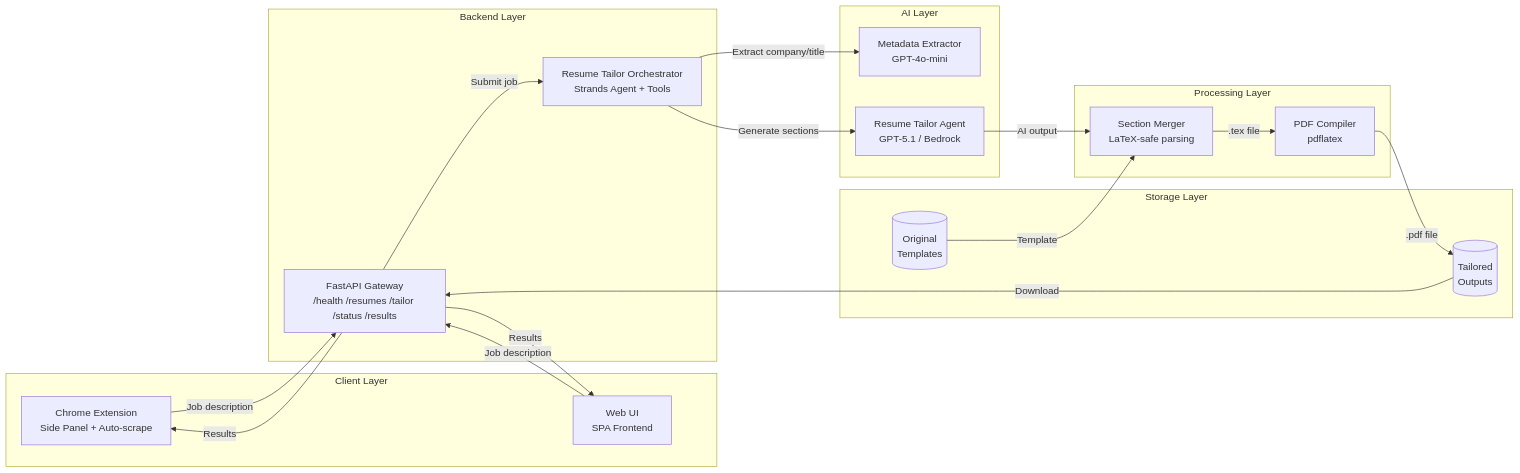
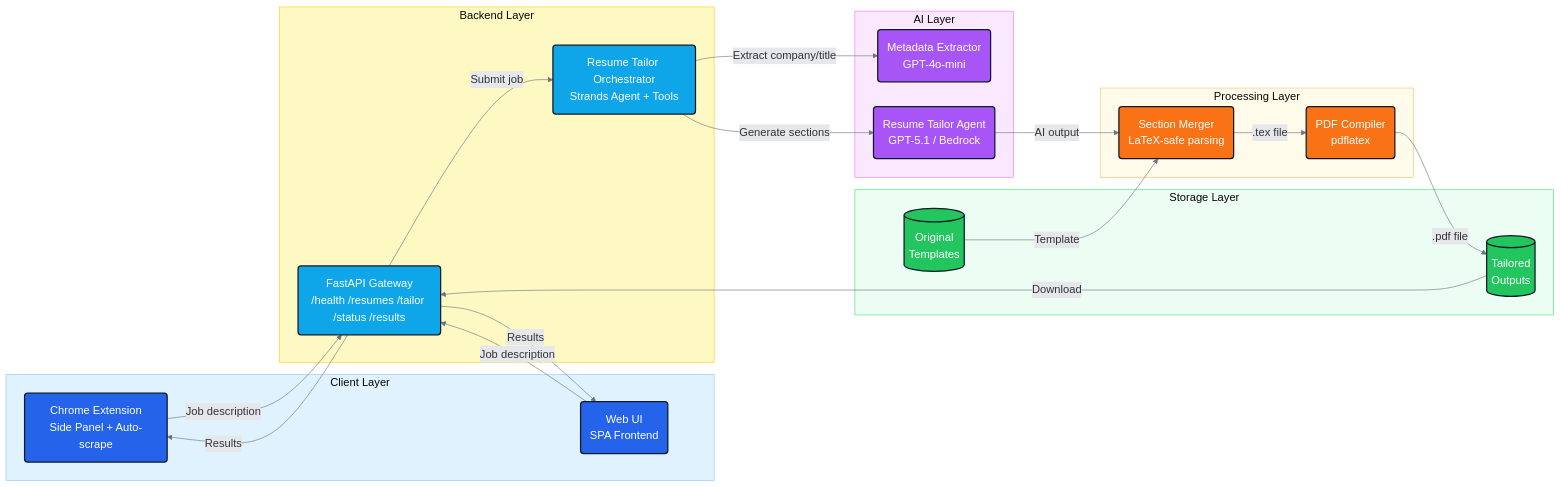
Before and after one commit to Yurui-Feng/Resume-Tailor-Agent-using-strands: the first of 2 diagrams in ARCHITECTURE.md, drawn with Mermaid. The commit also changed 3 other files, not shown here.

````diff
--- a/ARCHITECTURE.md
+++ b/ARCHITECTURE.md
@@ -103,40 +103,77 @@
 ```mermaid
+---
+config:
+  look: classic
+  theme: base
+  themeVariables:
+    background: "#f3f4f6"
+    lineColor: "#6b7280"
+    edgeLabelBackground: "#e5e7eb"
+    fontFamily: 'Inter, system-ui, -apple-system, BlinkMacSystemFont, "Segoe UI", sans-serif'
+    fontSize: "18px"
+  flowchart:
+    curve: basis
+    nodeSpacing: 40
+    rankSpacing: 60
+---
 flowchart LR
+    %% Nodes
     subgraph Client["Client Layer"]
-        EXT[Chrome Extension<br/>Side Panel + Auto-scrape]
-        WEB[Web UI<br/>SPA Frontend]
+        EXT(Chrome Extension<br/>Side Panel + Auto-scrape)
+        WEB(Web UI<br/>SPA Frontend)
     end
 
     subgraph Backend["Backend Layer"]
-        API[FastAPI Gateway<br/>/health /resumes /tailor /status /results]
-        ORCH[Resume Tailor Orchestrator<br/>Strands Agent + Tools]
+        API(FastAPI Gateway<br/>/health /resumes /tailor /status /results)
+        ORCH(Resume Tailor Orchestrator<br/>Strands Agent + Tools)
     end
 
     subgraph AI["AI Layer"]
-        META[Metadata Extractor<br/>GPT-4o-mini]
-        TAILOR[Resume Tailor Agent<br/>GPT-5.1 / Bedrock]
+        META(Metadata Extractor<br/>GPT-4o-mini)
+        TAILOR(Resume Tailor Agent<br/>GPT-5.1 / Bedrock)
     end
 
     subgraph Processing["Processing Layer"]
-        MERGE[Section Merger<br/>LaTeX-safe parsing]
-        PDF[PDF Compiler<br/>pdflatex]
+        MERGE(Section Merger<br/>LaTeX-safe parsing)
+        PDF(PDF Compiler<br/>pdflatex)
     end
 
     subgraph Storage["Storage Layer"]
         ORIG[(Original<br/>Templates)]
         OUT[(Tailored<br/>Outputs)]
     end
 
+    %% Edges
     EXT -->|Job description| API
     WEB -->|Job description| API
     API -->|Submit job| ORCH
     ORCH -->|Extract company/title| META
     ORCH -->|Generate sections| TAILOR
     TAILOR -->|AI output| MERGE
     MERGE -->|.tex file| PDF
     ORIG -->|Template| MERGE
     PDF -->|.pdf file| OUT
     OUT -->|Download| API
     API -->|Results| EXT
     API -->|Results| WEB
+
+    %% Node color classes
+    classDef client    fill:#2563eb,stroke:#111827,stroke-width:2px,color:#ffffff;
+    classDef backend   fill:#0ea5e9,stroke:#111827,stroke-width:2px,color:#ffffff;
+    classDef ai        fill:#a855f7,stroke:#111827,stroke-width:2px,color:#ffffff;
+    classDef process   fill:#f97316,stroke:#111827,stroke-width:2px,color:#ffffff;
+    classDef storage   fill:#22c55e,stroke:#111827,stroke-width:2px,color:#ffffff;
+
+    class EXT,WEB client;
+    class API,ORCH backend;
+    class META,TAILOR ai;
+    class MERGE,PDF process;
+    class ORIG,OUT storage;
+
+    %% Layer background colors (subgraphs)
+    style Client fill:#e0f2fe,stroke:#93c5fd,stroke-width:1px;
+    style Backend fill:#fef9c3,stroke:#facc15,stroke-width:1px;
+    style AI fill:#fae8ff,stroke:#e879f9,stroke-width:1px;
+    style Processing fill:#fffbeb,stroke:#fdba74,stroke-width:1px;
+    style Storage fill:#ecfdf3,stroke:#4ade80,stroke-width:1px;
 ```
````
